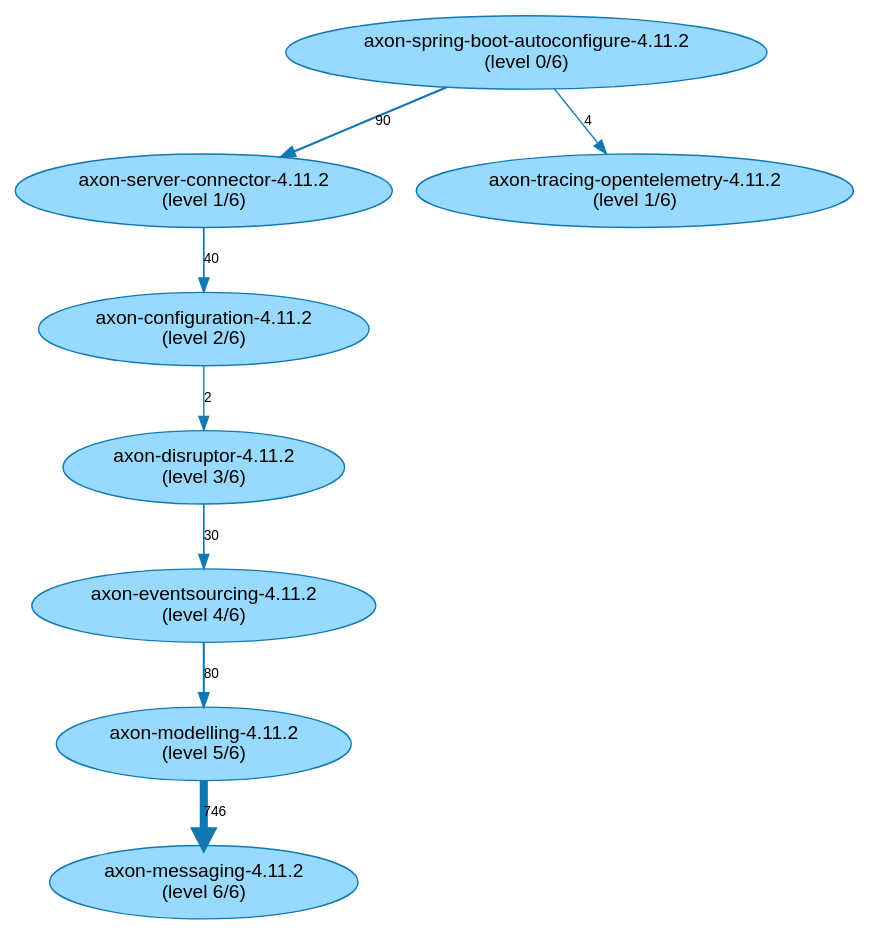
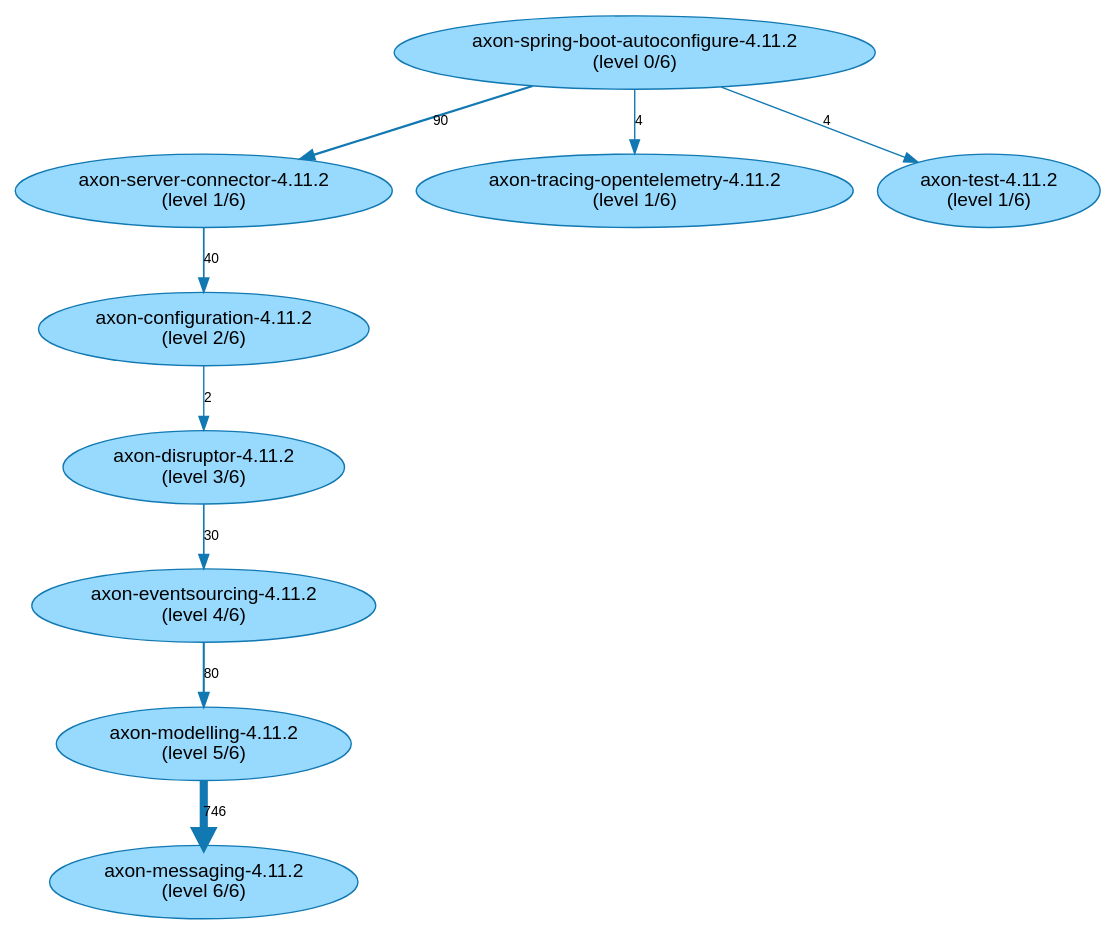
The diagram in analysis-results/AxonFramework/latest/path-finding-visualization/JavaArtifactLongestPathsIsolated.gv (JohT/code-graph-analysis-examples), drawn with Graphviz before and after one commit. The commit also changed 449 other files, not shown here.

```diff
--- a/analysis-results/AxonFramework/latest/path-finding-visualization/JavaArtifactLongestPathsIsolated.gv
+++ b/analysis-results/AxonFramework/latest/path-finding-visualization/JavaArtifactLongestPathsIsolated.gv
@@ -1,32 +1,32 @@
 // This GraphViz dot file was generated by the script convertQueryResultCsvToGraphVizDotFile.sh with default.template
 
 strict digraph JavaArtifactLongestPathsIsolated {
     fontname = "Helvetica,Arial,sans-serif";
     node [fontname = "Helvetica,Arial,sans-serif";];
     edge [fontname = "Helvetica,Arial,sans-serif"; fontsize = 10;];
     node [style = filled; fillcolor = "0.560 0.400 0.999";];
     node [color = "0.560 0.900 0.700";];
     edge [color = "0.560 0.900 0.700";];
 	"axon-spring-boot-autoconfigure-4.11.2\n(level 0/6)" -> "axon-server-connector-4.11.2\n(level 1/6)" [label=90; penwidth=1.58; ];
 	"axon-server-connector-4.11.2\n(level 1/6)" -> "axon-configuration-4.11.2\n(level 2/6)" [label=40; penwidth=1.25; ];
 	"axon-configuration-4.11.2\n(level 2/6)" -> "axon-disruptor-4.11.2\n(level 3/6)" [label=2; penwidth=1.0; ];
 	"axon-disruptor-4.11.2\n(level 3/6)" -> "axon-eventsourcing-4.11.2\n(level 4/6)" [label=30; penwidth=1.19; ];
 	"axon-eventsourcing-4.11.2\n(level 4/6)" -> "axon-modelling-4.11.2\n(level 5/6)" [label=80; penwidth=1.52; ];
 	"axon-modelling-4.11.2\n(level 5/6)" -> "axon-messaging-4.11.2\n(level 6/6)" [label=746; penwidth=5.93; ];
 	"axon-spring-boot-autoconfigure-4.11.2\n(level 0/6)" -> "axon-server-connector-4.11.2\n(level 1/6)" [label=90; penwidth=1.58; ];
 	"axon-server-connector-4.11.2\n(level 1/6)" -> "axon-configuration-4.11.2\n(level 2/6)" [label=40; penwidth=1.25; ];
 	"axon-configuration-4.11.2\n(level 2/6)" -> "axon-disruptor-4.11.2\n(level 3/6)" [label=2; penwidth=1.0; ];
 	"axon-disruptor-4.11.2\n(level 3/6)" -> "axon-eventsourcing-4.11.2\n(level 4/6)" [label=30; penwidth=1.19; ];
 	"axon-eventsourcing-4.11.2\n(level 4/6)" -> "axon-modelling-4.11.2\n(level 5/6)" [label=80; penwidth=1.52; ];
 	"axon-spring-boot-autoconfigure-4.11.2\n(level 0/6)" -> "axon-server-connector-4.11.2\n(level 1/6)" [label=90; penwidth=1.58; ];
 	"axon-server-connector-4.11.2\n(level 1/6)" -> "axon-configuration-4.11.2\n(level 2/6)" [label=40; penwidth=1.25; ];
 	"axon-configuration-4.11.2\n(level 2/6)" -> "axon-disruptor-4.11.2\n(level 3/6)" [label=2; penwidth=1.0; ];
 	"axon-disruptor-4.11.2\n(level 3/6)" -> "axon-eventsourcing-4.11.2\n(level 4/6)" [label=30; penwidth=1.19; ];
 	"axon-spring-boot-autoconfigure-4.11.2\n(level 0/6)" -> "axon-server-connector-4.11.2\n(level 1/6)" [label=90; penwidth=1.58; ];
 	"axon-server-connector-4.11.2\n(level 1/6)" -> "axon-configuration-4.11.2\n(level 2/6)" [label=40; penwidth=1.25; ];
 	"axon-configuration-4.11.2\n(level 2/6)" -> "axon-disruptor-4.11.2\n(level 3/6)" [label=2; penwidth=1.0; ];
 	"axon-spring-boot-autoconfigure-4.11.2\n(level 0/6)" -> "axon-server-connector-4.11.2\n(level 1/6)" [label=90; penwidth=1.58; ];
 	"axon-server-connector-4.11.2\n(level 1/6)" -> "axon-configuration-4.11.2\n(level 2/6)" [label=40; penwidth=1.25; ];
-	"axon-spring-boot-autoconfigure-4.11.2\n(level 0/6)" -> "axon-server-connector-4.11.2\n(level 1/6)" [label=90; penwidth=1.58; ];
 	"axon-spring-boot-autoconfigure-4.11.2\n(level 0/6)" -> "axon-tracing-opentelemetry-4.11.2\n(level 1/6)" [label=4; penwidth=1.01; ];
+	"axon-spring-boot-autoconfigure-4.11.2\n(level 0/6)" -> "axon-test-4.11.2\n(level 1/6)" [label=4; penwidth=1.01; ];
 }
```
